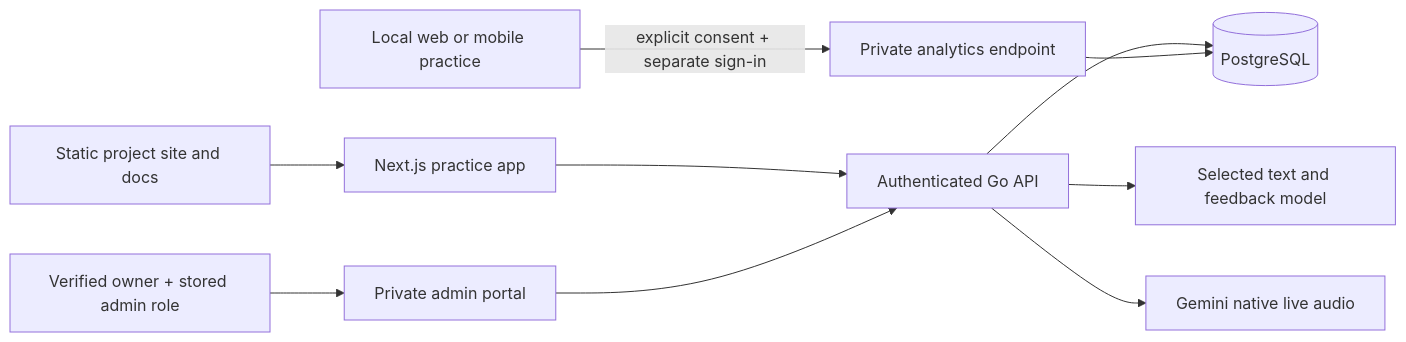
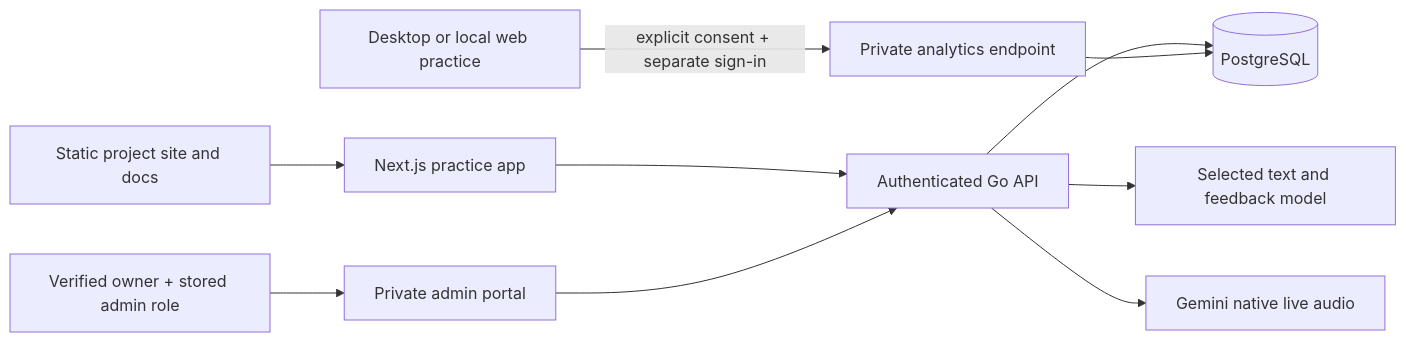
Before and after one commit to tejovardhan-makineni/mockinterview: the diagram in docs/OPEN-SOURCE-DESIGN.md, drawn with Mermaid. The commit also changed other lines of this file and 85 other files, not shown here.

First line of the commit message:
Secure web and desktop releases and consolidate dependency updates (#41)

````diff
--- a/docs/OPEN-SOURCE-DESIGN.md
+++ b/docs/OPEN-SOURCE-DESIGN.md
@@ -9,12 +9,12 @@
 ```mermaid
 flowchart LR
   Public[Static project site and docs] --> App[Next.js practice app]
   App --> API[Authenticated Go API]
   API --> DB[(PostgreSQL)]
   API --> Provider[Selected text and feedback model]
   API --> Gemini[Gemini native live audio]
-  Local[Local web or mobile practice] -->|explicit consent + separate sign-in| Analytics[Private analytics endpoint]
+  Local[Desktop or local web practice] -->|explicit consent + separate sign-in| Analytics[Private analytics endpoint]
   Analytics --> DB
   Owner[Verified owner + stored admin role] --> Admin[Private admin portal]
   Admin --> API
 ```
````
